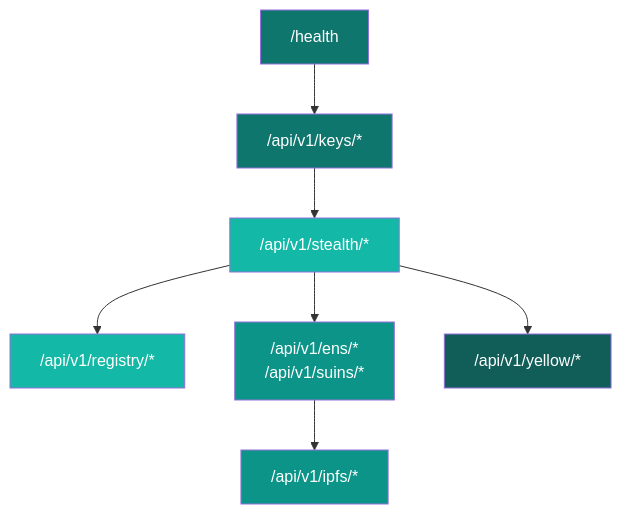
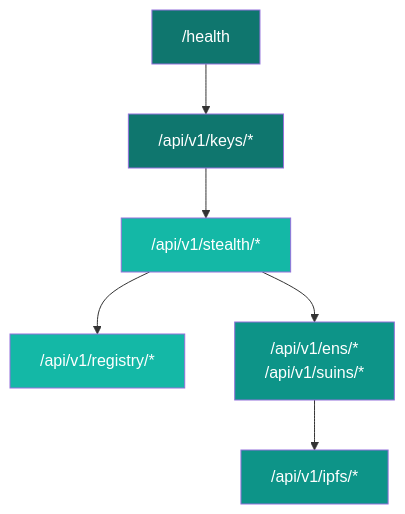
One commit to specter-privacy/docs changed the diagram in docs/api/introduction.mdx. Above: the diagram before and after it, drawn with Mermaid. The commit also changed other lines of this file and 30 other files, not shown here.

````diff
--- a/docs/api/introduction.mdx
+++ b/docs/api/introduction.mdx
@@ -27,17 +24,15 @@
 ```mermaid
 flowchart TD
     Health["/health"] --> Keys["/api/v1/keys/*"]
     Keys --> Stealth["/api/v1/stealth/*"]
     Stealth --> Registry["/api/v1/registry/*"]
     Stealth --> Names["/api/v1/ens/*\n/api/v1/suins/*"]
     Names --> IPFS["/api/v1/ipfs/*"]
-    Stealth --> Yellow["/api/v1/yellow/*"]
 
     style Health fill:#0F766E,color:#fff
     style Keys fill:#0F766E,color:#fff
     style Stealth fill:#14B8A6,color:#fff
     style Registry fill:#14B8A6,color:#fff
     style Names fill:#0d9488,color:#fff
     style IPFS fill:#0d9488,color:#fff
-    style Yellow fill:#115E59,color:#fff
 ```
````
